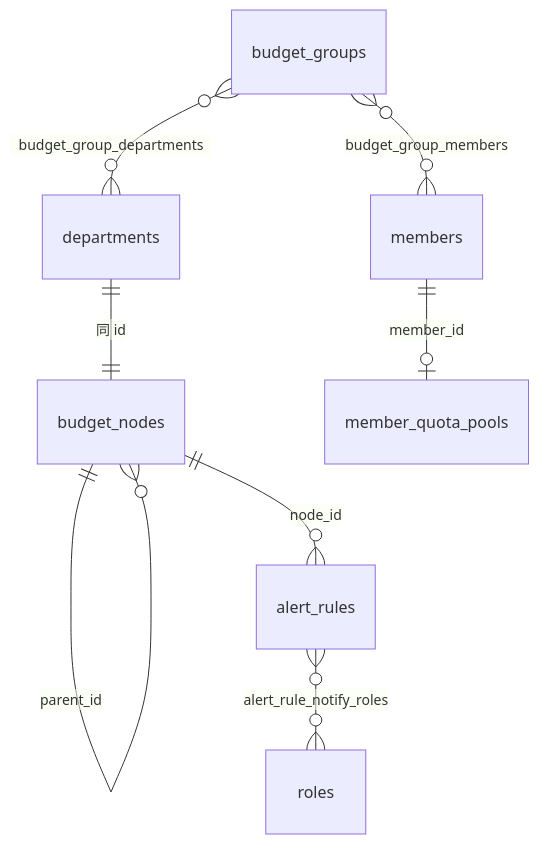
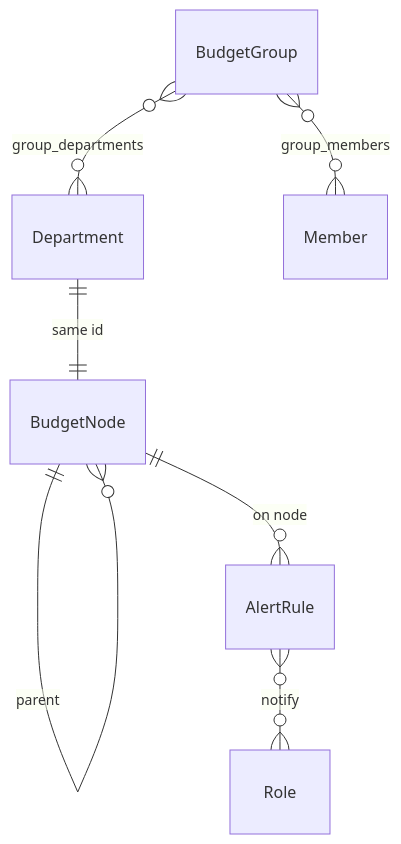
Before and after one commit to quyip8818/mytokenjoy: diagram 16 of 21 in docs/Backend-存储架构.md, drawn with Mermaid. The commit also changed other lines of this file and 120 other files, not shown here.

````diff
--- a/docs/Backend-存储架构.md
+++ b/docs/Backend-存储架构.md
@@ -126,10 +458,9 @@
 ```mermaid
 erDiagram
-  departments ||--|| budget_nodes : "同 id"
-  budget_nodes ||--o{ budget_nodes : parent_id
-  budget_groups }o--o{ members : budget_group_members
-  budget_groups }o--o{ departments : budget_group_departments
-  budget_nodes ||--o{ alert_rules : node_id
-  alert_rules }o--o{ roles : alert_rule_notify_roles
-  members ||--o| member_quota_pools : member_id
+  Department ||--|| BudgetNode : "same id"
+  BudgetNode ||--o{ BudgetNode : "parent"
+  BudgetGroup }o--o{ Member : "group_members"
+  BudgetGroup }o--o{ Department : "group_departments"
+  BudgetNode ||--o{ AlertRule : "on node"
+  AlertRule }o--o{ Role : "notify"
 ```
````
